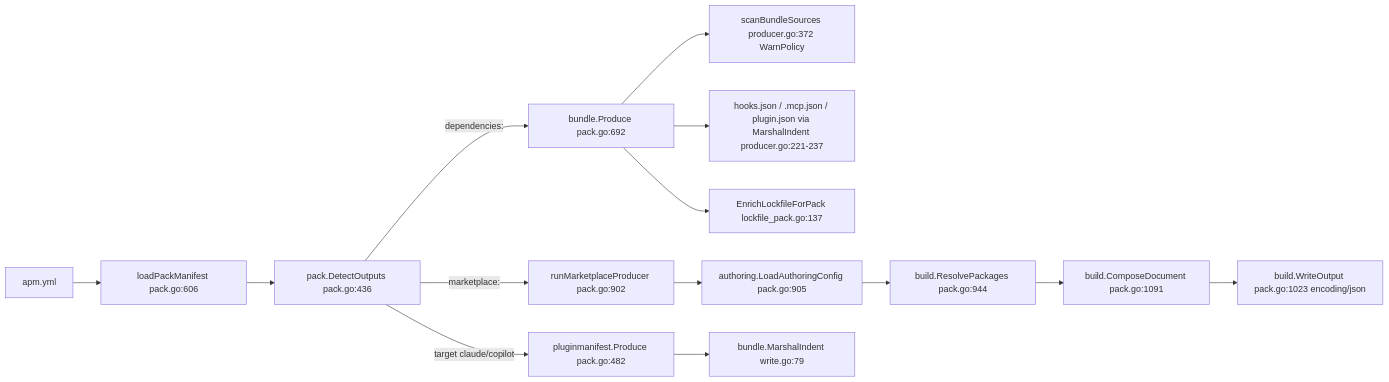
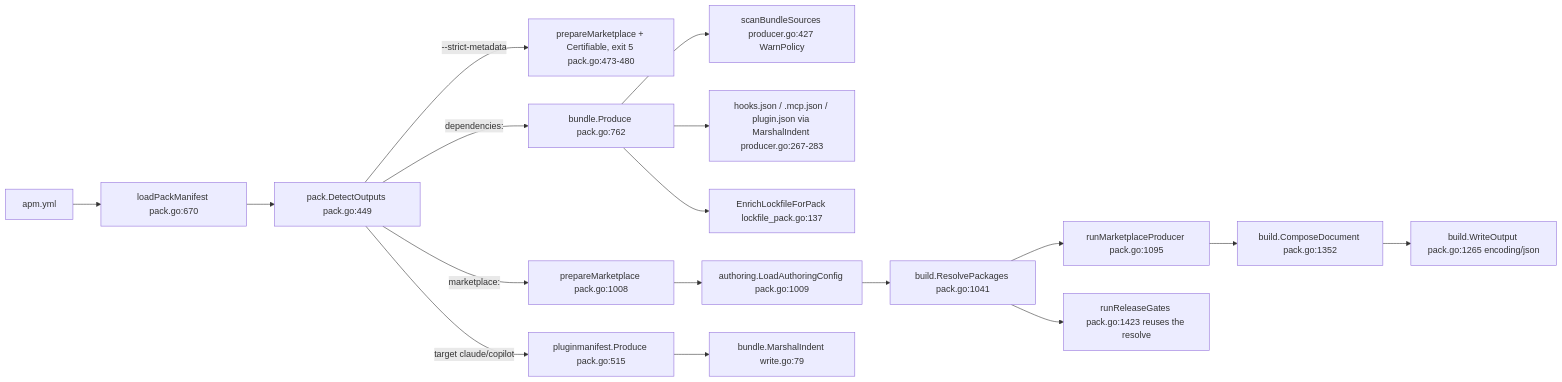
One commit to gn00678465/apm-go changed the third of 4 diagrams in ARCHITECTURE.md. Above: the diagram before and after it, drawn with Mermaid. The commit also changed other lines of this file and 94 other files, not shown here.

````diff
--- a/ARCHITECTURE.md
+++ b/ARCHITECTURE.md
@@ -121,16 +121,19 @@
 ```mermaid
 flowchart LR
-  A[apm.yml] --> B[loadPackManifest pack.go:606]
-  B --> C[pack.DetectOutputs pack.go:436]
-  C -->|dependencies:| D[bundle.Produce pack.go:692]
-  C -->|marketplace:| E[runMarketplaceProducer pack.go:902]
-  C -->|target claude/copilot| F[pluginmanifest.Produce pack.go:482]
-  D --> D1[scanBundleSources producer.go:372 WarnPolicy]
-  D --> D2[hooks.json / .mcp.json / plugin.json via MarshalIndent producer.go:221-237]
+  A[apm.yml] --> B[loadPackManifest pack.go:670]
+  B --> C[pack.DetectOutputs pack.go:449]
+  C -->|--strict-metadata| S[prepareMarketplace + Certifiable, exit 5 pack.go:473-480]
+  C -->|dependencies:| D[bundle.Produce pack.go:762]
+  C -->|marketplace:| E[prepareMarketplace pack.go:1008]
+  C -->|target claude/copilot| F[pluginmanifest.Produce pack.go:515]
+  D --> D1[scanBundleSources producer.go:427 WarnPolicy]
+  D --> D2[hooks.json / .mcp.json / plugin.json via MarshalIndent producer.go:267-283]
   D --> D3[EnrichLockfileForPack lockfile_pack.go:137]
-  E --> E1[authoring.LoadAuthoringConfig pack.go:905]
-  E1 --> E2[build.ResolvePackages pack.go:944]
-  E2 --> E3[build.ComposeDocument pack.go:1091]
-  E3 --> E4[build.WriteOutput pack.go:1023 encoding/json]
+  E --> E1[authoring.LoadAuthoringConfig pack.go:1009]
+  E1 --> E2[build.ResolvePackages pack.go:1041]
+  E2 --> P[runMarketplaceProducer pack.go:1095]
+  P --> E3[build.ComposeDocument pack.go:1352]
+  E3 --> E4[build.WriteOutput pack.go:1265 encoding/json]
+  E2 --> G[runReleaseGates pack.go:1423 reuses the resolve]
   F --> F1[bundle.MarshalIndent write.go:79]
 ```
````
